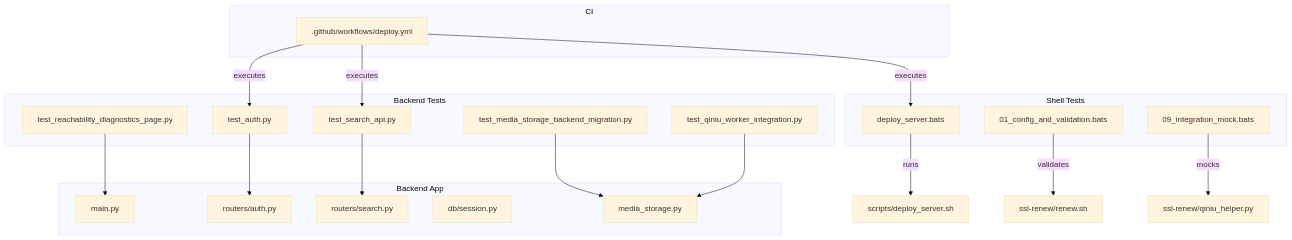
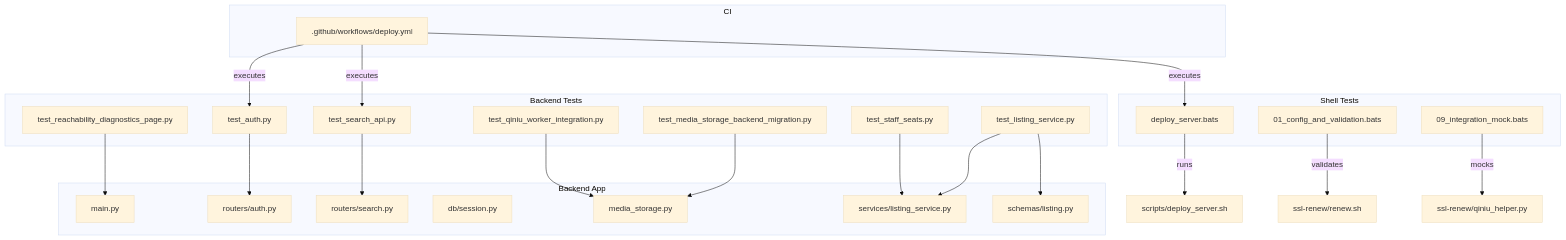
The first of 12 diagrams in .qoder/repowiki/en/content/Testing & Quality Assurance/Testing & Quality Assurance.md (zuohaisu/wecom-archive), drawn with Mermaid (base theme) before and after one commit. The commit also changed other lines of this file and 148 other files, not shown here.

````diff
--- a/.qoder/repowiki/en/content/Testing & Quality Assurance/Testing & Quality Assurance.md
+++ b/.qoder/repowiki/en/content/Testing & Quality Assurance/Testing & Quality Assurance.md
@@ -49,36 +63,43 @@
 ```mermaid
 graph TB
 subgraph "Backend Tests"
 T1["test_auth.py"]
 T2["test_search_api.py"]
 T3["test_media_storage_backend_migration.py"]
 T4["test_qiniu_worker_integration.py"]
 T5["test_reachability_diagnostics_page.py"]
+T6["test_listing_service.py"]
+T7["test_staff_seats.py"]
 end
 subgraph "Backend App"
 A1["main.py"]
 A2["routers/auth.py"]
 A3["routers/search.py"]
 A4["db/session.py"]
 A5["media_storage.py"]
+A6["services/listing_service.py"]
+A7["schemas/listing.py"]
 end
 subgraph "Shell Tests"
 S1["deploy_server.bats"]
 S2["01_config_and_validation.bats"]
 S3["09_integration_mock.bats"]
 end
 subgraph "CI"
 C1[".github/workflows/deploy.yml"]
 end
 T1 --> A2
 T2 --> A3
 T3 --> A5
 T4 --> A5
 T5 --> A1
+T6 --> A6
+T6 --> A7
+T7 --> A6
 S1 --> |"runs"| Scripts["scripts/deploy_server.sh"]
 S2 --> |"validates"| Renew["ssl-renew/renew.sh"]
 S3 --> |"mocks"| QH["ssl-renew/qiniu_helper.py"]
 C1 --> |"executes"| T1
 C1 --> |"executes"| T2
 C1 --> |"executes"| S1
 ```
````
